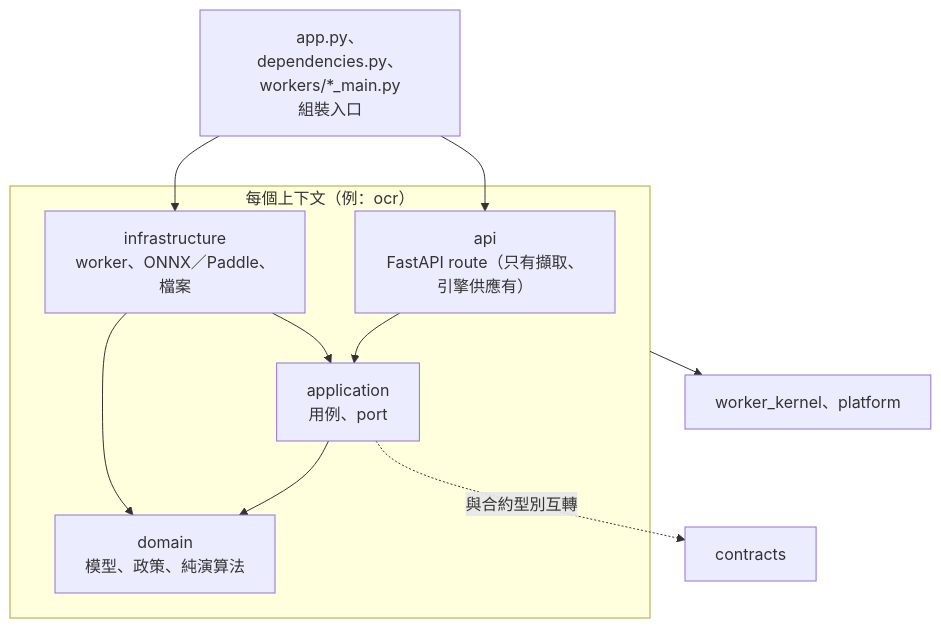
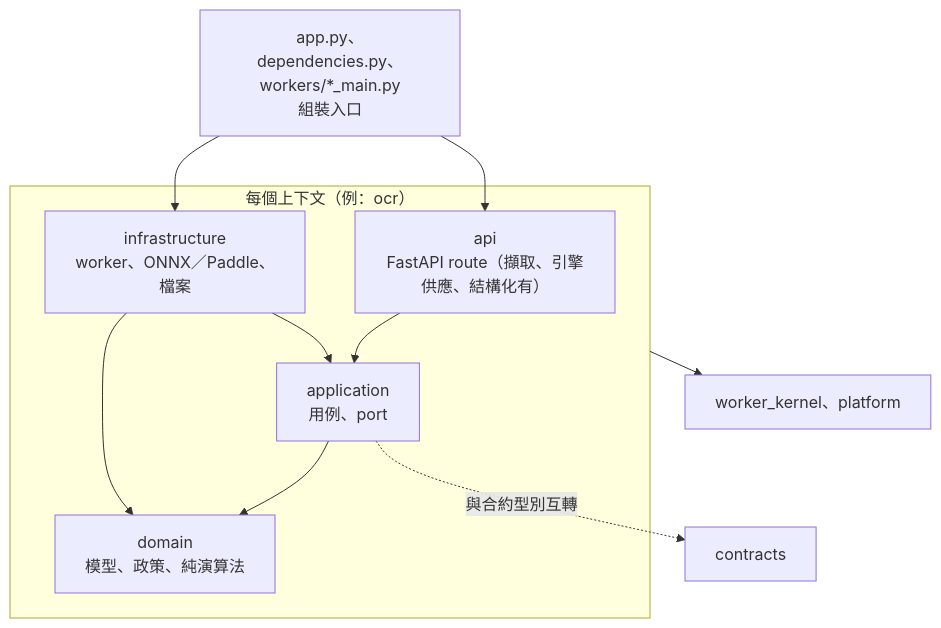
One commit to gx-capture/capture-workbench changed the second of 2 diagrams in .agents/PLANS/ddd-refactor/README.md. Above: the diagram before and after it, drawn with Mermaid. The commit also changed 20 other files, not shown here.

````diff
--- a/.agents/PLANS/ddd-refactor/README.md
+++ b/.agents/PLANS/ddd-refactor/README.md
@@ -97,13 +97,13 @@
 ```mermaid
 flowchart TB
   subgraph ctx["每個上下文（例：ocr）"]
-    API["api<br/>FastAPI route（只有擷取、引擎供應有）"] --> APP["application<br/>用例、port"]
+    API["api<br/>FastAPI route（擷取、引擎供應、結構化有）"] --> APP["application<br/>用例、port"]
     APP --> DOM["domain<br/>模型、政策、純演算法"]
     INF["infrastructure<br/>worker、ONNX／Paddle、檔案"] --> APP
     INF --> DOM
   end
   ROOT["app.py、dependencies.py、workers/*_main.py<br/>組裝入口"] --> API
   ROOT --> INF
   ctx --> K["worker_kernel、platform"]
   APP -. "與合約型別互轉" .-> C["contracts"]
 ```
````
